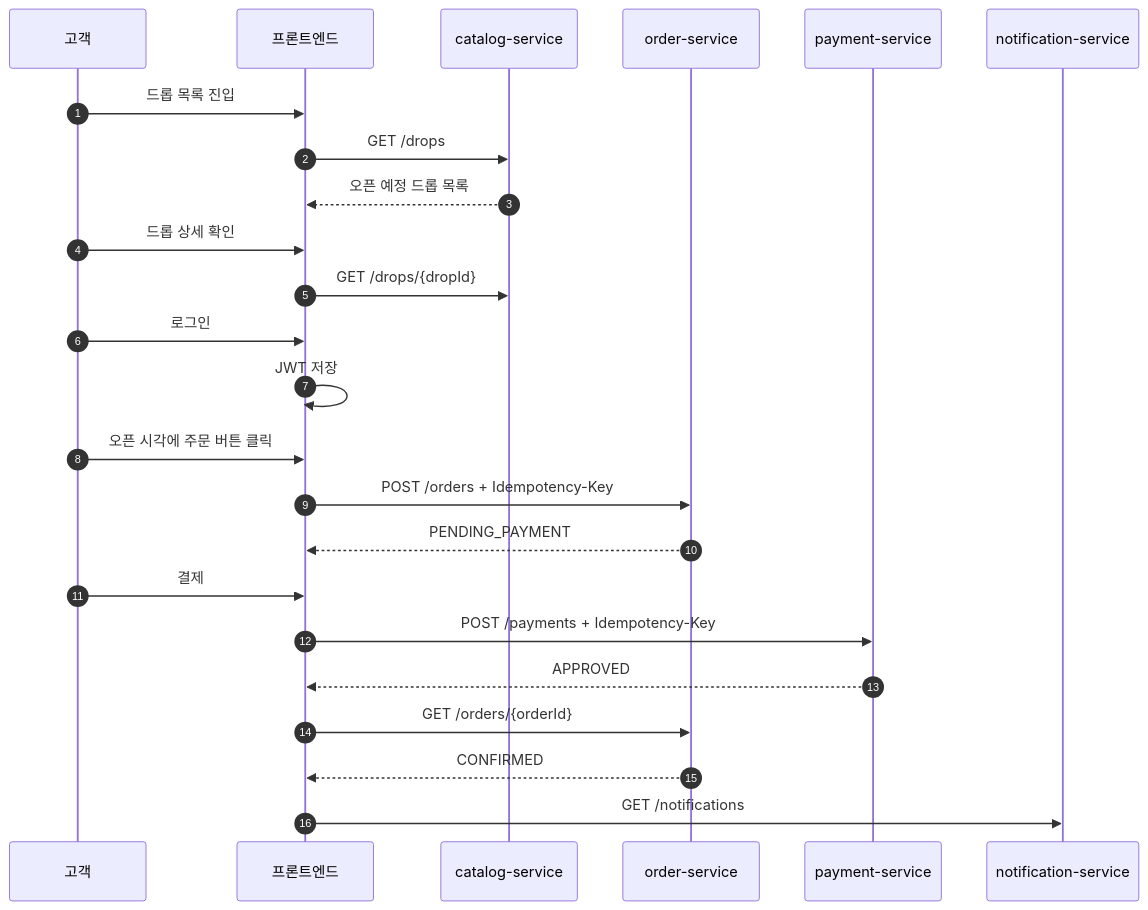
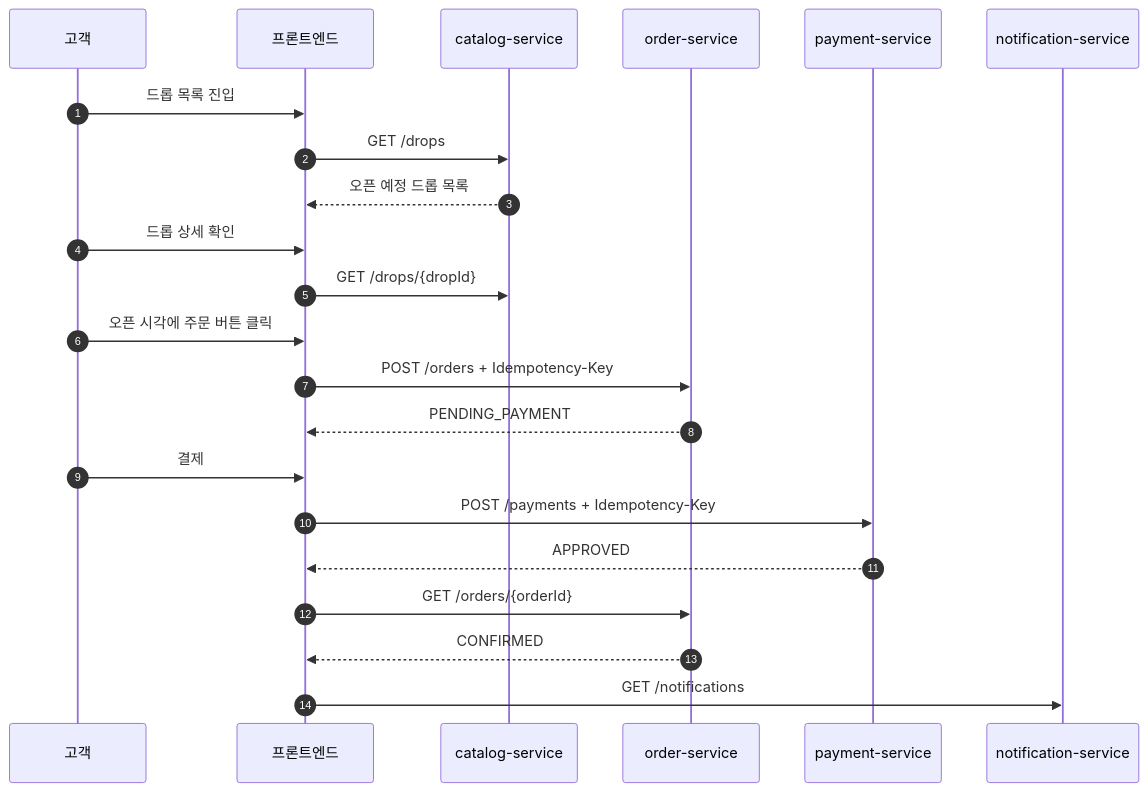
The eighth of 10 diagrams in medikong/12-user-flows.md (Medikong/archive), drawn with Mermaid before and after one commit. The commit also changed other lines of this file, not shown here.

Commit message:
docs: separate auth from purchase flows

````diff
--- a/medikong/12-user-flows.md
+++ b/medikong/12-user-flows.md
@@ -164,27 +156,25 @@
 ```mermaid
 sequenceDiagram
     autonumber
     participant U as 고객
     participant FE as 프론트엔드
     participant CAT as catalog-service
     participant O as order-service
     participant P as payment-service
     participant N as notification-service
 
     U->>FE: 드롭 목록 진입
     FE->>CAT: GET /drops
     CAT-->>FE: 오픈 예정 드롭 목록
     U->>FE: 드롭 상세 확인
     FE->>CAT: GET /drops/{dropId}
-    U->>FE: 로그인
-    FE->>FE: JWT 저장
     U->>FE: 오픈 시각에 주문 버튼 클릭
     FE->>O: POST /orders + Idempotency-Key
     O-->>FE: PENDING_PAYMENT
     U->>FE: 결제
     FE->>P: POST /payments + Idempotency-Key
     P-->>FE: APPROVED
     FE->>O: GET /orders/{orderId}
     O-->>FE: CONFIRMED
     FE->>N: GET /notifications
 ```
````
